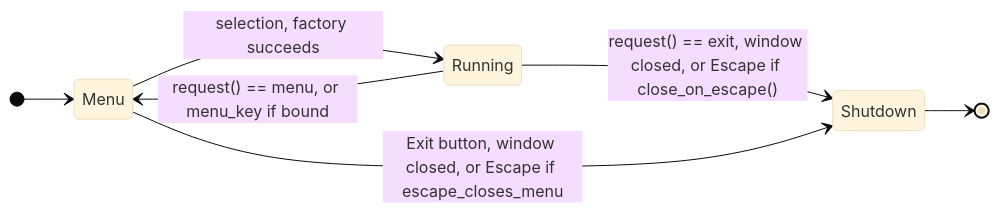
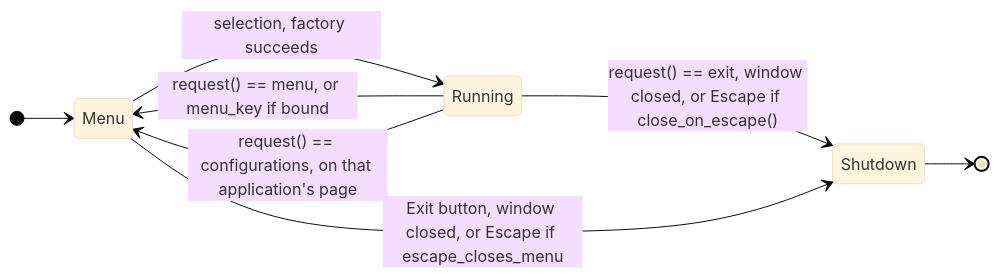
The diagram in docs/engine/launcher-overlays.md (SMB-M87/Kinetra), drawn with Mermaid (base theme) before and after one commit. The commit also changed other lines of this file and 8 other files, not shown here.

````diff
--- a/docs/engine/launcher-overlays.md
+++ b/docs/engine/launcher-overlays.md
@@ -38,10 +39,11 @@
 ```mermaid
 stateDiagram-v2
     direction LR
     [*] --> Menu
     Menu --> Running: selection, factory succeeds
     Running --> Menu: request() == menu, or menu_key if bound
+    Running --> Menu: request() == configurations, on that application's page
     Running --> Shutdown: request() == exit, window closed, or Escape if close_on_escape()
     Menu --> Shutdown: Exit button, window closed, or Escape if escape_closes_menu
     Shutdown --> [*]
 ```
````
